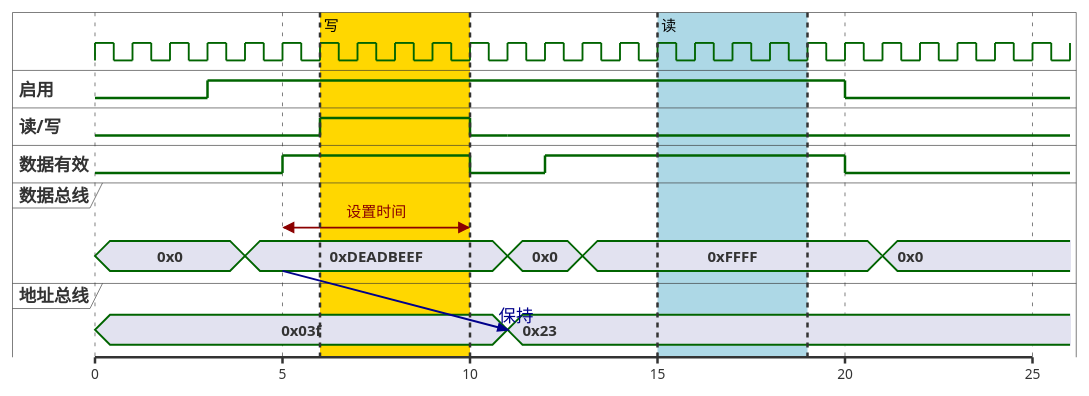
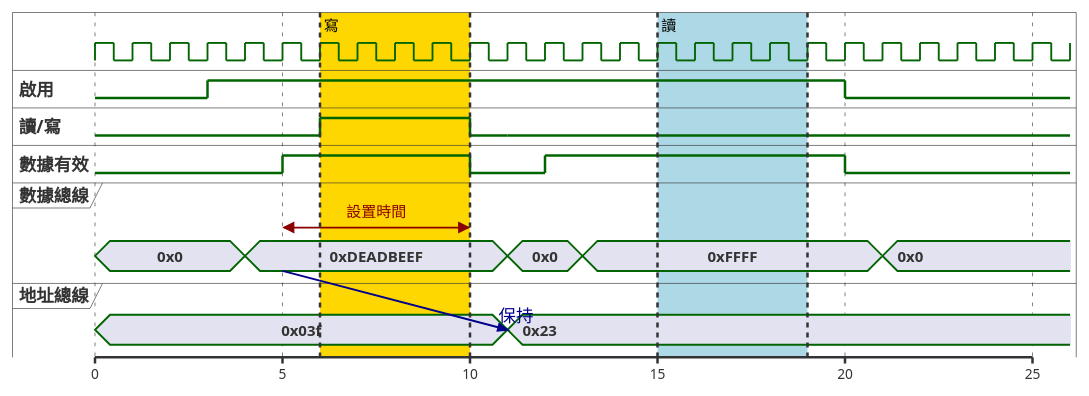
One commit to sinotec2/vphope changed the second of 2 diagrams in docs/md-enhance/src/zh/guide/chart/README.md. Above: the diagram before and after it, drawn with PlantUML. The commit also changed other lines of this file and 566 other files, not shown here.

```diff
--- a/docs/md-enhance/src/zh/guide/chart/README.md
+++ b/docs/md-enhance/src/zh/guide/chart/README.md
@@ -180,57 +180,57 @@
 @startuml
 scale 5 as 150 pixels
 
 clock clk with period 1
-binary "启用" as en
-binary "读/写" as rw
-binary "数据有效" as dv
-concise "数据总线" as db
-concise "地址总线" as addr
+binary "啟用" as en
+binary "讀/寫" as rw
+binary "數據有效" as dv
+concise "數據總線" as db
+concise "地址總線" as addr
 
 @6 as :write_beg
 @10 as :write_end
 
 @15 as :read_beg
 @19 as :read_end
 
 @0
 en is low
 db is "0x0"
 addr is "0x03f"
 rw is low
 dv is 0
 
 @:write_beg-3
 en is high
 @:write_beg-2
 db is "0xDEADBEEF"
 @:write_beg-1
 dv is 1
 @:write_beg
 rw is high
 
 @:write_end
 rw is low
 dv is low
 @:write_end+1
 rw is low
 db is "0x0"
 addr is "0x23"
 
 @12
 dv is high
 @13
 db is "0xFFFF"
 
 @20
 en is low
 dv is low
 @21
 db is "0x0"
 
-highlight :write_beg to :write_end #Gold:写
-highlight :read_beg to :read_end #lightBlue:读
+highlight :write_beg to :write_end #Gold:寫
+highlight :read_beg to :read_end #lightBlue:讀
 
-db@:write_beg-1 <-> @:write_end : 设置时间
+db@:write_beg-1 <-> @:write_end : 設置時間
 db@:write_beg-1 -> addr@:write_end+1 : 保持
 @enduml
```
